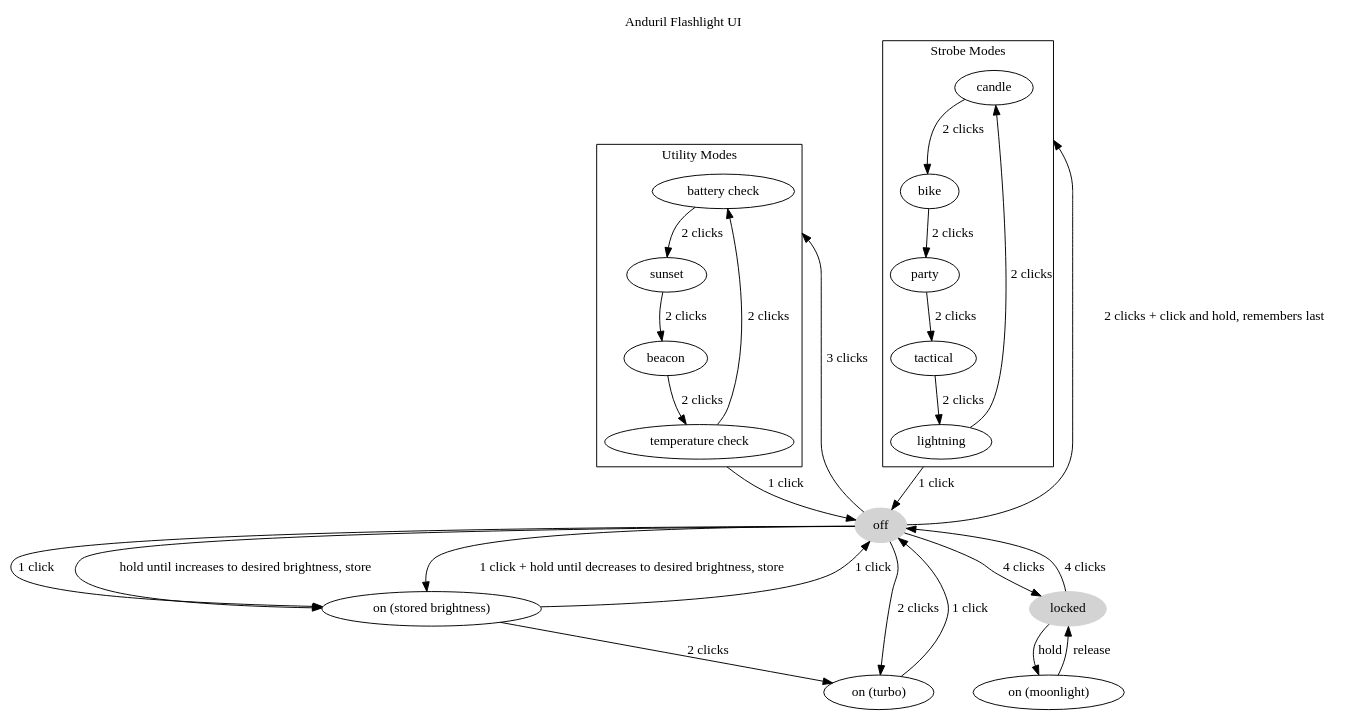
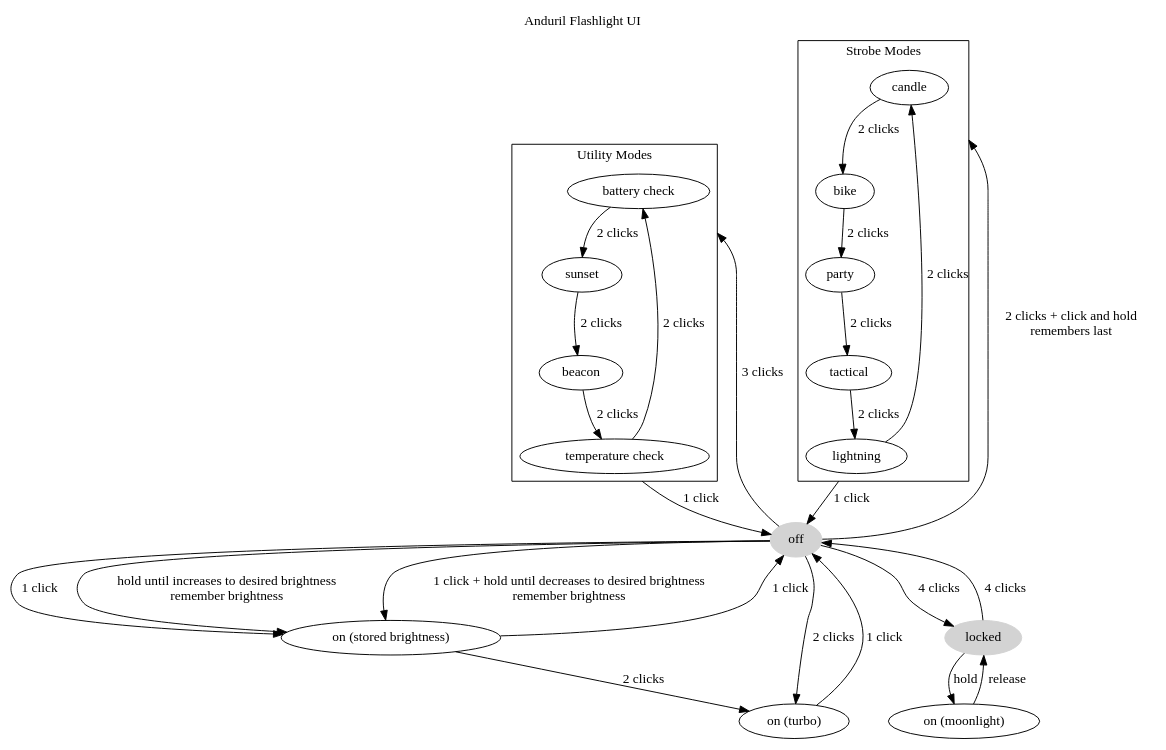
The diagram in ui.dot (mmb/anduril-ui-diagram), drawn with Graphviz before and after one commit. The commit also changed 2 other files, not shown here.

```diff
--- a/ui.dot
+++ b/ui.dot
@@ -1,43 +1,43 @@
 digraph {
   compound=true
 
   off[style="filled",color="lightgrey"]
   off -> "on (stored brightness)"[label="1 click"];
-  off -> "on (stored brightness)"[label="hold until increases to desired brightness, store"];
+  off -> "on (stored brightness)"[label="hold until increases to desired brightness\nremember brightness"];
   off -> "on (turbo)"[label="2 clicks"];
-  off -> "on (stored brightness)"[label="1 click + hold until decreases to desired brightness, store"];
+  off -> "on (stored brightness)"[label="1 click + hold until decreases to desired brightness\nremember brightness"];
   off -> locked[label="4 clicks"];
 
   label="Utility Modes"
   off -> "battery check"[label="3 clicks",lhead="cluster_utility"];
   "temperature check" -> off[label="1 click",ltail="cluster_utility"]
   subgraph cluster_utility {
     "battery check" -> "sunset"[label="2 clicks"]
     sunset -> beacon[label="2 clicks"]
     beacon -> "temperature check"[label="2 clicks"]
     "temperature check" -> "battery check"[label="2 clicks"]
   }
 
   label="Strobe Modes"
-  off -> candle[label="2 clicks + click and hold, remembers last",lhead="cluster_strobe"];
+  off -> candle[label="2 clicks + click and hold\nremembers last",lhead="cluster_strobe"];
   lightning -> off[label="1 click",ltail="cluster_strobe"];
   subgraph cluster_strobe {
     candle -> bike[label="2 clicks"]
     bike -> party[label="2 clicks"]
     party -> tactical[label="2 clicks"]
     tactical -> lightning[label="2 clicks"]
     lightning -> "candle"[label="2 clicks"]
   }
 
   locked[style="filled",color="lightgrey"]
   locked -> off[label="4 clicks"];
   locked -> "on (moonlight)"[label="hold"];
 
   "on (moonlight)" -> "locked"[label="release"];
   "on (stored brightness)" -> off[label="1 click"];
   "on (stored brightness)" -> "on (turbo)"[label="2 clicks"];
   "on (turbo)" -> off[label="1 click"];
 
   label="Anduril Flashlight UI"
   labelloc=t
 }
```
